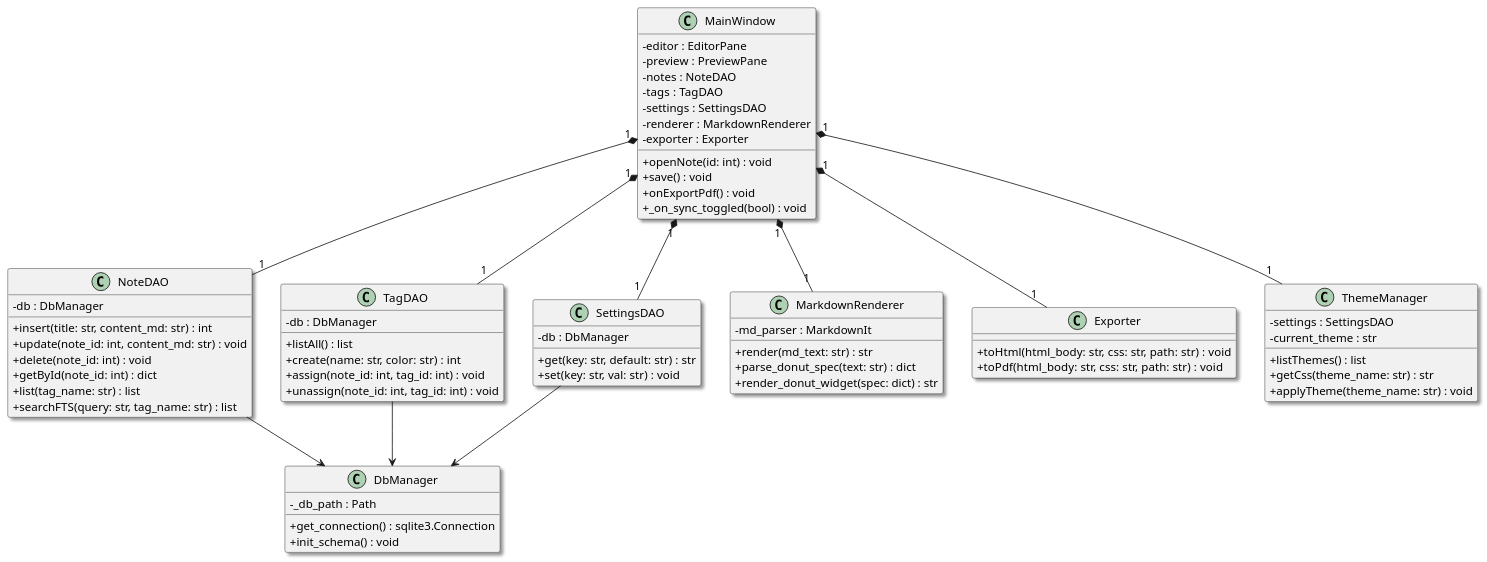
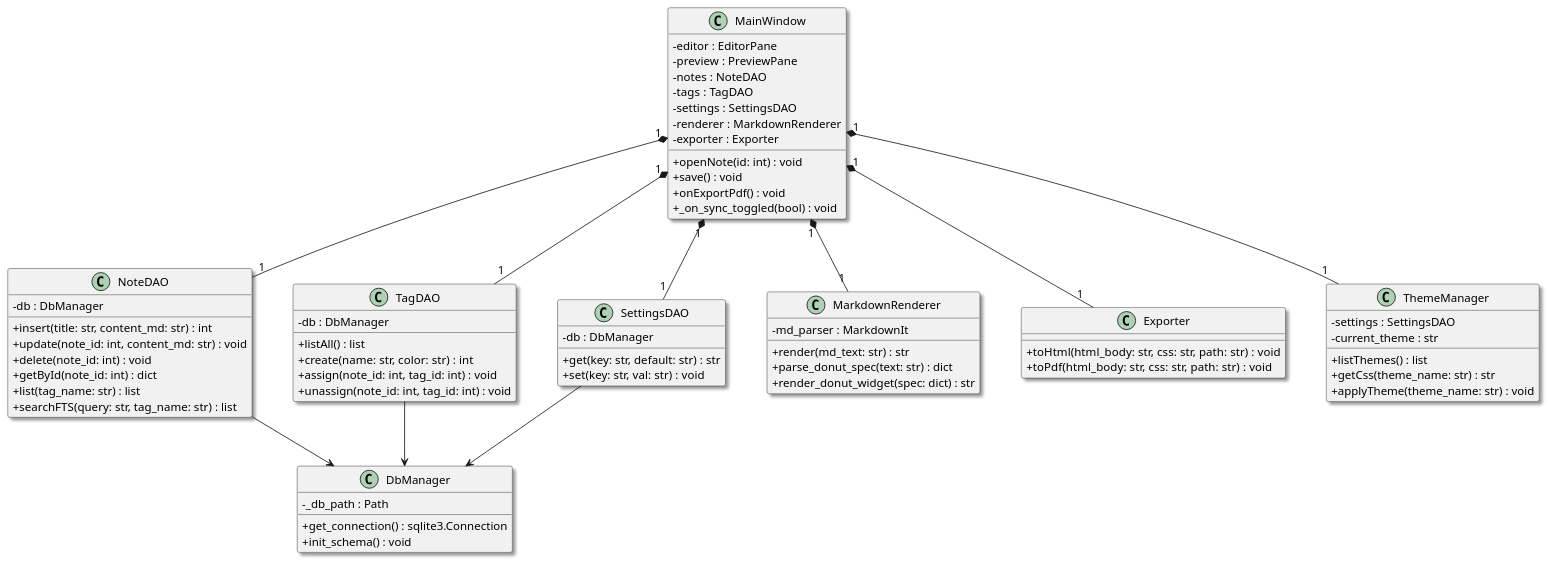
The diagram in docs/diagrams/lop.puml (dotlinux26/marknote), drawn with PlantUML before and after one commit. The commit also changed 27 other files, not shown here.

Commit message:
fix(diagrams): remove deprecated skinparam and resolve label collisions in ERD

```diff
--- a/docs/diagrams/lop.puml
+++ b/docs/diagrams/lop.puml
@@ -1,81 +1,83 @@
 @startuml
 skinparam defaultFontName "Segoe UI"
 skinparam classAttributeIconSize 0
 skinparam shadowing true
+skinparam ranksep 60
+skinparam nodesep 50
 
 class DbManager {
   - _db_path : Path
   + get_connection() : sqlite3.Connection
   + init_schema() : void
 }
 
 class NoteDAO {
   - db : DbManager
   + insert(title: str, content_md: str) : int
   + update(note_id: int, content_md: str) : void
   + delete(note_id: int) : void
   + getById(note_id: int) : dict
   + list(tag_name: str) : list
   + searchFTS(query: str, tag_name: str) : list
 }
 
 class TagDAO {
   - db : DbManager
   + listAll() : list
   + create(name: str, color: str) : int
   + assign(note_id: int, tag_id: int) : void
   + unassign(note_id: int, tag_id: int) : void
 }
 
 class SettingsDAO {
   - db : DbManager
   + get(key: str, default: str) : str
   + set(key: str, val: str) : void
 }
 
 class MarkdownRenderer {
   - md_parser : MarkdownIt
   + render(md_text: str) : str
   + parse_donut_spec(text: str) : dict
   + render_donut_widget(spec: dict) : str
 }
 
 class Exporter {
   + toHtml(html_body: str, css: str, path: str) : void
   + toPdf(html_body: str, css: str, path: str) : void
 }
 
 class ThemeManager {
   - settings : SettingsDAO
   - current_theme : str
   + listThemes() : list
   + getCss(theme_name: str) : str
   + applyTheme(theme_name: str) : void
 }
 
 class MainWindow {
   - editor : EditorPane
   - preview : PreviewPane
   - notes : NoteDAO
   - tags : TagDAO
   - settings : SettingsDAO
   - renderer : MarkdownRenderer
   - exporter : Exporter
   + openNote(id: int) : void
   + save() : void
   + onExportPdf() : void
   + _on_sync_toggled(bool) : void
 }
 
 MainWindow "1" *-- "1" NoteDAO
 MainWindow "1" *-- "1" TagDAO
 MainWindow "1" *-- "1" SettingsDAO
 MainWindow "1" *-- "1" MarkdownRenderer
 MainWindow "1" *-- "1" Exporter
 MainWindow "1" *-- "1" ThemeManager
 
 NoteDAO --> DbManager
 TagDAO --> DbManager
 SettingsDAO --> DbManager
 
 @enduml
```
